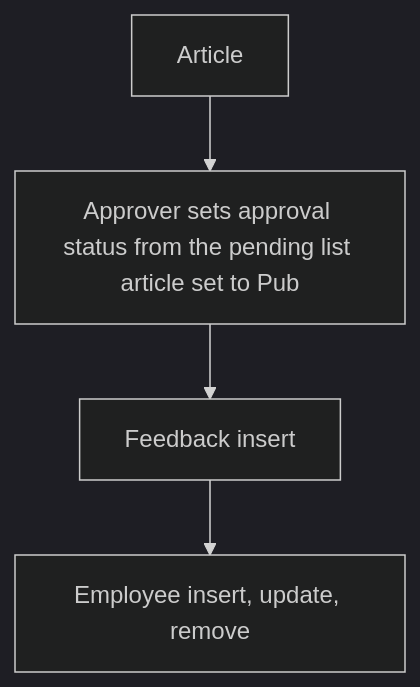
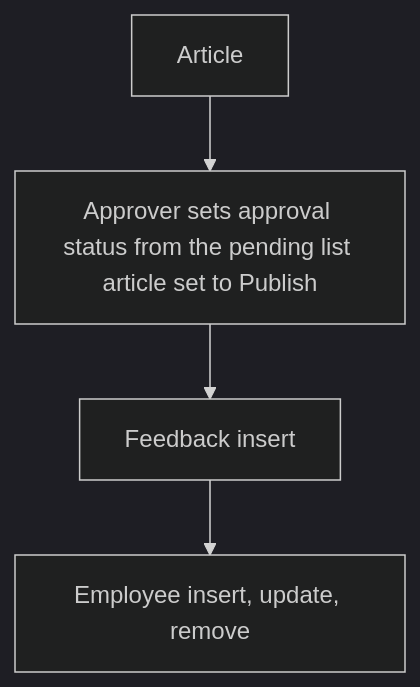
One commit to AadityaParmar/studio-agent changed the diagram in neome-studio/reference/template-bank/apps/APP-knowledge-library.md. Above: the diagram before and after it, drawn with Mermaid (dark theme). The commit also changed other lines of this file and 172 other files, not shown here.

````diff
--- a/neome-studio/reference/template-bank/apps/APP-knowledge-library.md
+++ b/neome-studio/reference/template-bank/apps/APP-knowledge-library.md
@@ -38,10 +38,10 @@
 ```mermaid
 flowchart TD
   A["Article"]
-  B["Approver sets approval status from the pending list article set to Pub"]
+  B["Approver sets approval status from the pending list article set to Publish"]
   C["Feedback insert"]
   D["Employee insert, update, remove"]
   A --> B
   B --> C
   C --> D
 ```
````
